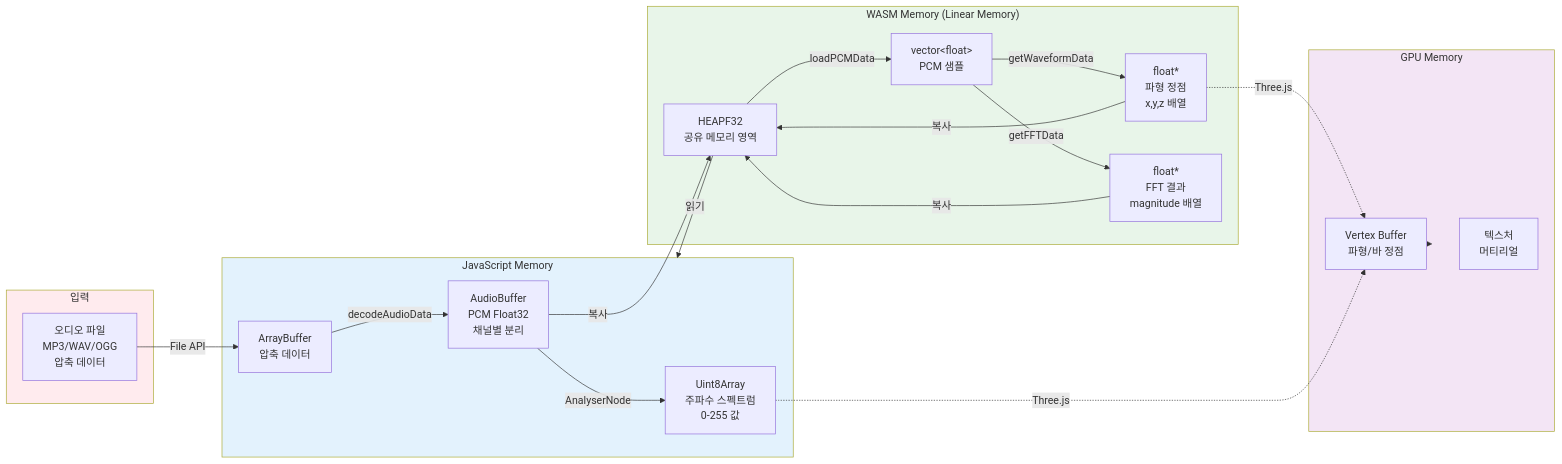
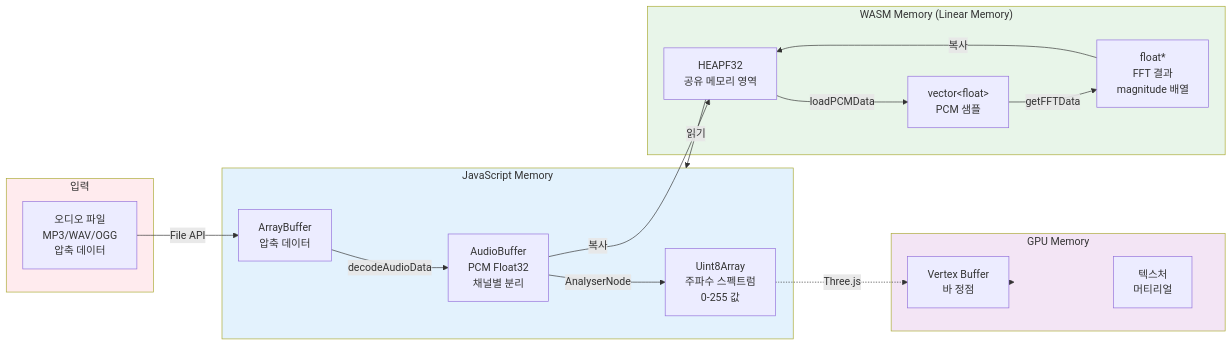
One commit to AshtonYoon/wasm-audio-visualizer changed the fifth of 8 diagrams in ARCHITECTURE.md. Above: the diagram before and after it, drawn with Mermaid. The commit also changed other lines of this file and 6 other files, not shown here.

````diff
--- a/ARCHITECTURE.md
+++ b/ARCHITECTURE.md
@@ -239,45 +222,41 @@
 ```mermaid
 flowchart LR
     subgraph Input["입력"]
         File[오디오 파일<br/>MP3/WAV/OGG<br/>압축 데이터]
     end
 
     subgraph JSMem["JavaScript Memory"]
         AB[ArrayBuffer<br/>압축 데이터]
         AudioBuf[AudioBuffer<br/>PCM Float32<br/>채널별 분리]
         FreqData[Uint8Array<br/>주파수 스펙트럼<br/>0-255 값]
     end
 
     subgraph WASMMem["WASM Memory (Linear Memory)"]
         HEAP[HEAPF32<br/>공유 메모리 영역]
         PCMData[vector&lt;float&gt;<br/>PCM 샘플]
-        WaveData[float*<br/>파형 정점<br/>x,y,z 배열]
         FFTData[float*<br/>FFT 결과<br/>magnitude 배열]
     end
 
     subgraph GPU["GPU Memory"]
-        VBO[Vertex Buffer<br/>파형/바 정점]
+        VBO[Vertex Buffer<br/>바 정점]
         Texture[텍스처<br/>머티리얼]
     end
 
     File -->|File API| AB
     AB -->|decodeAudioData| AudioBuf
     AudioBuf -->|복사| HEAP
     HEAP -->|loadPCMData| PCMData
-    PCMData -->|getWaveformData| WaveData
     PCMData -->|getFFTData| FFTData
-    WaveData -->|복사| HEAP
     FFTData -->|복사| HEAP
     HEAP -->|읽기| JSMem
 
     AudioBuf -->|AnalyserNode| FreqData
 
-    WaveData -.->|Three.js| VBO
     FreqData -.->|Three.js| VBO
     VBO --> GPU
 
     style Input fill:#ffebee
     style JSMem fill:#e3f2fd
     style WASMMem fill:#e8f5e9
     style GPU fill:#f3e5f5
 ```
````
